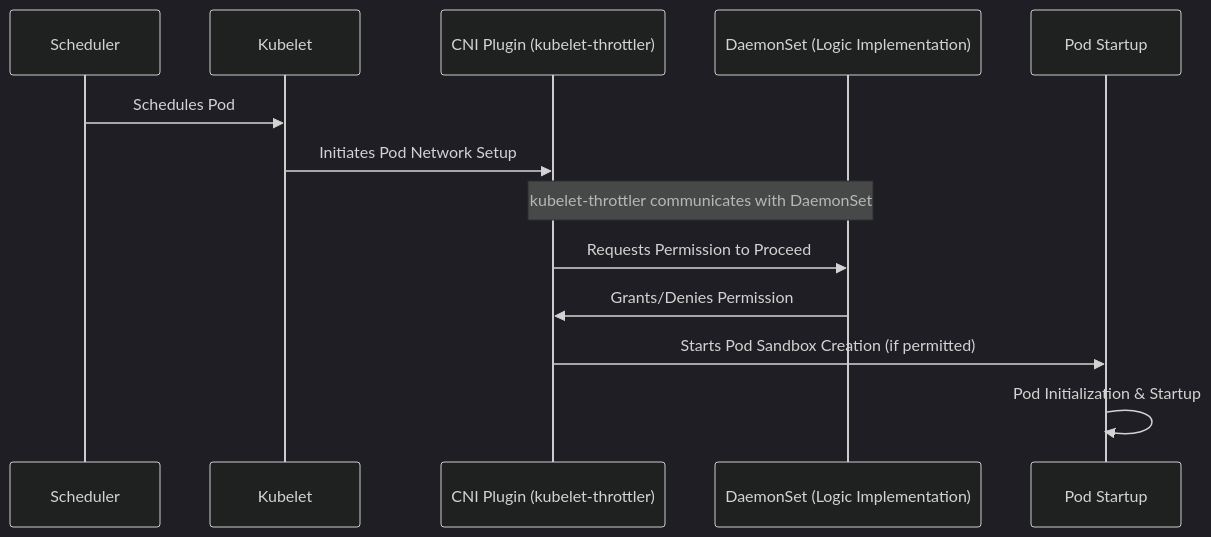
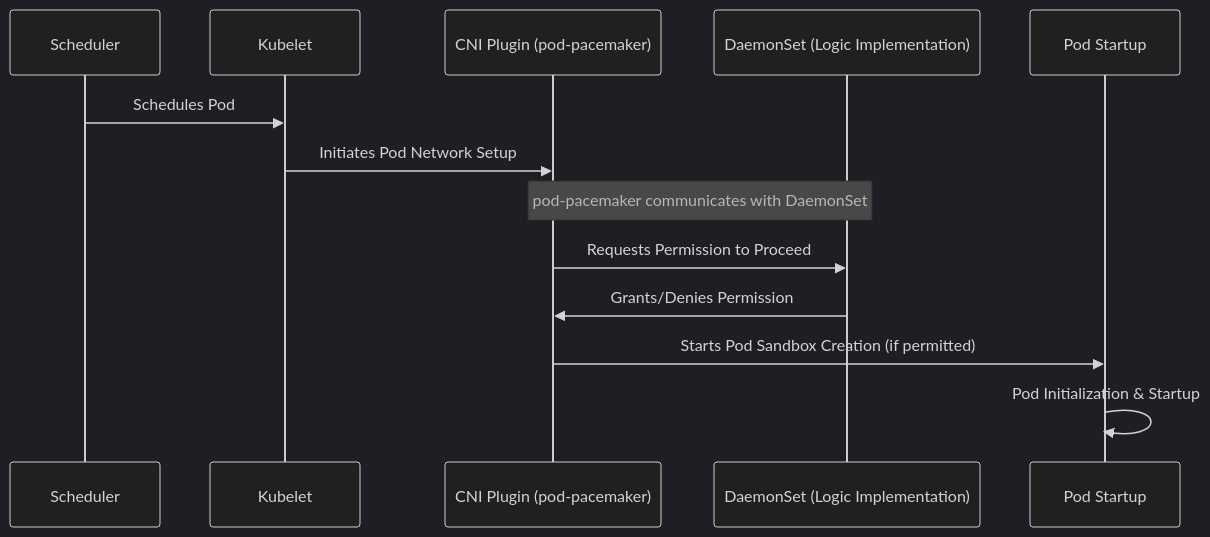
One commit to woehrl01/pod-pacemaker changed the diagram in README.md. Above: the diagram before and after it, drawn with Mermaid (dark theme). The commit also changed other lines of this file and 11 other files, not shown here.

Commit message:
rename to pod-pacemaker

````diff
--- a/README.md
+++ b/README.md
@@ -9,16 +9,16 @@
 ```mermaid
 sequenceDiagram
     participant S as Scheduler
     participant K as Kubelet
-    participant C as CNI Plugin (kubelet-throttler)
+    participant C as CNI Plugin (pod-pacemaker)
     participant D as DaemonSet (Logic Implementation)
     participant P as Pod Startup
 
     S->>K: Schedules Pod
     K->>C: Initiates Pod Network Setup
-    Note over C,D: kubelet-throttler communicates with DaemonSet
+    Note over C,D: pod-pacemaker communicates with DaemonSet
     C->>D: Requests Permission to Proceed
     D->>C: Grants/Denies Permission
     C->>P: Starts Pod Sandbox Creation (if permitted)
     P->>P: Pod Initialization & Startup
 ```
````
